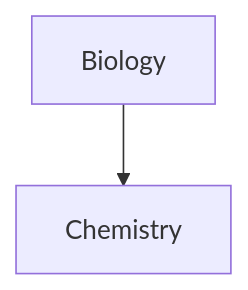
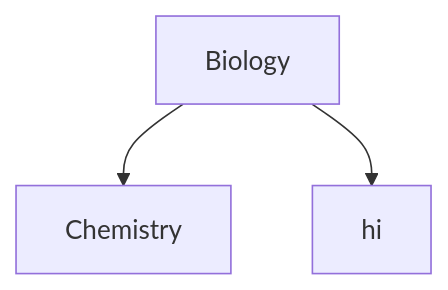
Before and after one commit to Andrew-the-Programmer/mipt_notes: the second of 3 diagrams in notes/586-probability-theory-summary.md, drawn with Mermaid. The commit also changed other lines of this file and 2 other files, not shown here.

````diff
--- a/notes/586-probability-theory-summary.md
+++ b/notes/586-probability-theory-summary.md
@@ -130,10 +130,12 @@
 ```mermaid
 graph TD
 
 A[Biology]
 B[Chemistry]
+C[hi]
 
 A --> B
+A --> C
 
 class A,B,C,D,E,F,G,H,I,J,K,L,M,N,O,P,Q,R,S,T,U,V,W,X,Y,Z internal-link;
 ```
````
